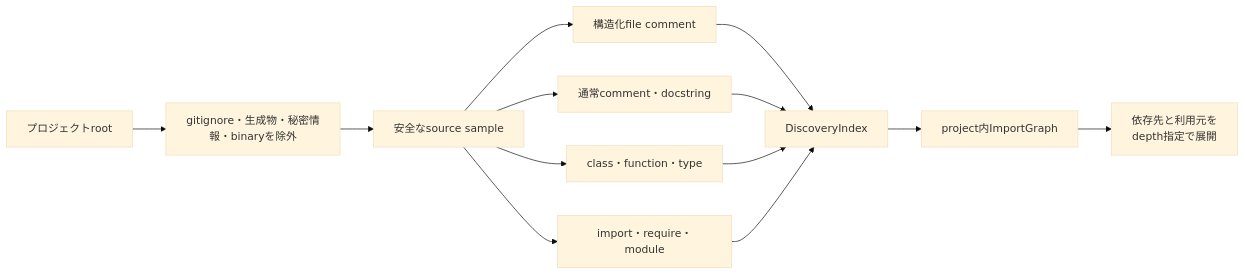
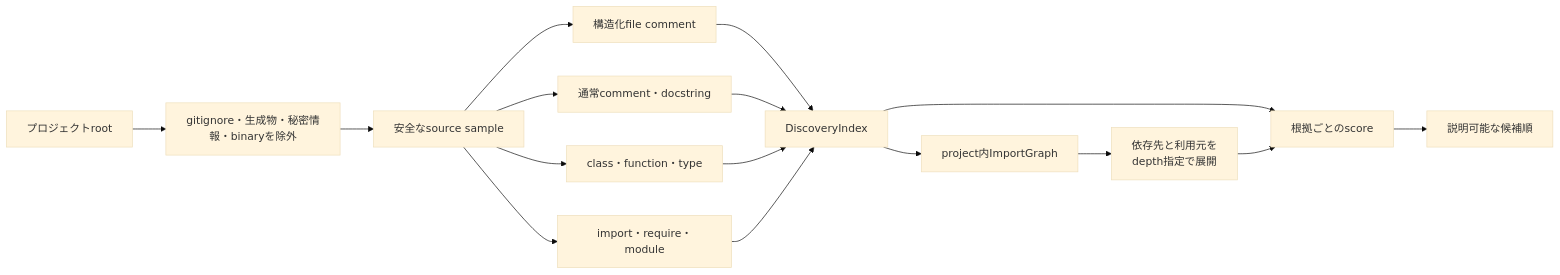
Before and after one commit to matsutanishimpei/make-summary: the diagram in docs/local-discovery.md, drawn with Mermaid (base theme). The commit also changed other lines of this file and 11 other files, not shown here.

````diff
--- a/docs/local-discovery.md
+++ b/docs/local-discovery.md
@@ -9,15 +9,18 @@
 ```mermaid
 flowchart LR
     Root["プロジェクトroot"] --> Safe["gitignore・生成物・秘密情報・binaryを除外"]
     Safe --> Sample["安全なsource sample"]
     Sample --> Structured["構造化file comment"]
     Sample --> Comments["通常comment・docstring"]
     Sample --> Symbols["class・function・type"]
     Sample --> Imports["import・require・module"]
     Structured --> Index["DiscoveryIndex"]
     Comments --> Index
     Symbols --> Index
     Imports --> Index
     Index --> Graph["project内ImportGraph"]
     Graph --> Dependencies["依存先と利用元を<br/>depth指定で展開"]
+    Index --> Rank["根拠ごとのscore"]
+    Dependencies --> Rank
+    Rank --> Candidates["説明可能な候補順"]
 ```
````
